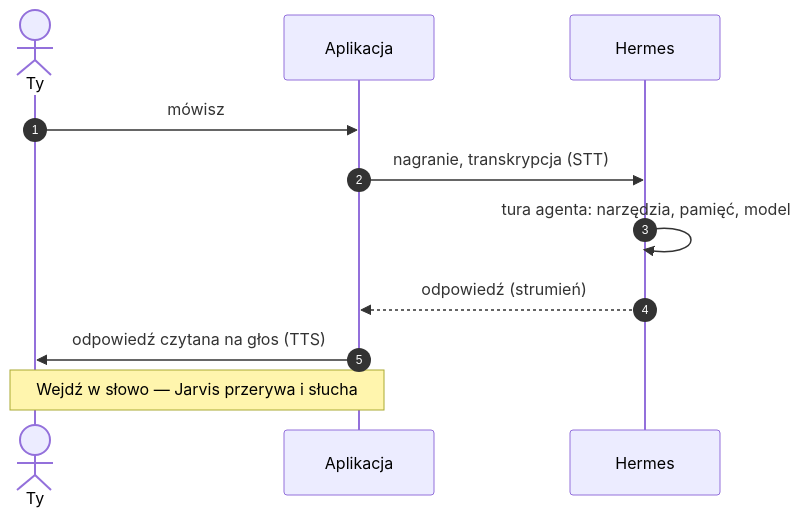
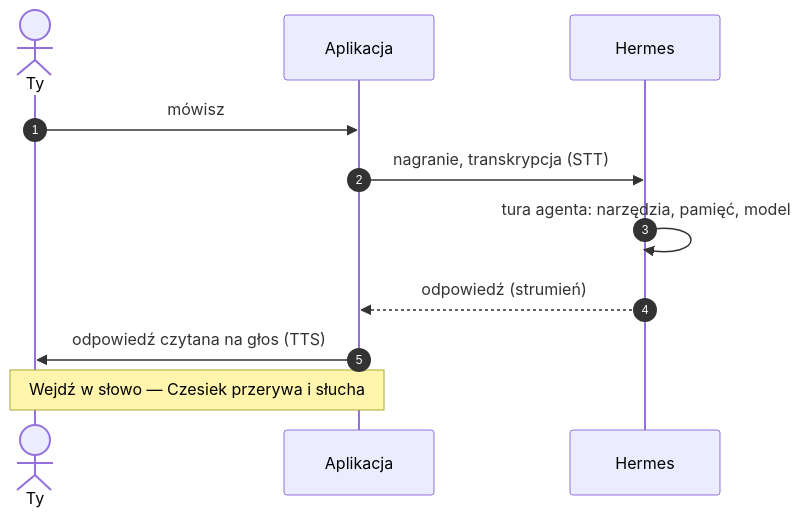
The sixth of 14 diagrams in README.md (aievolutionpl/ai-evolution-jarvis), drawn with Mermaid before and after one commit. The commit also changed other lines of this file, not shown here.

Commit message:
docs(readme): narracja Agent Czesiek + szybki start na gorze, dlugie sekcje w dol (#44)

````diff
--- a/README.md
+++ b/README.md
@@ -351,13 +368,13 @@
 ```mermaid
 sequenceDiagram
     autonumber
     actor Ty
     participant App as Aplikacja
     participant H as Hermes
     Ty->>App: mówisz
     App->>H: nagranie, transkrypcja (STT)
     H->>H: tura agenta: narzędzia, pamięć, model
     H-->>App: odpowiedź (strumień)
     App->>Ty: odpowiedź czytana na głos (TTS)
-    Note over Ty,App: Wejdź w słowo — Jarvis przerywa i słucha
+    Note over Ty,App: Wejdź w słowo — Czesiek przerywa i słucha
 ```
````
